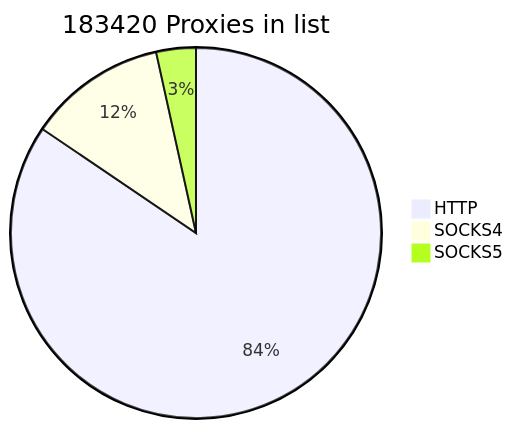
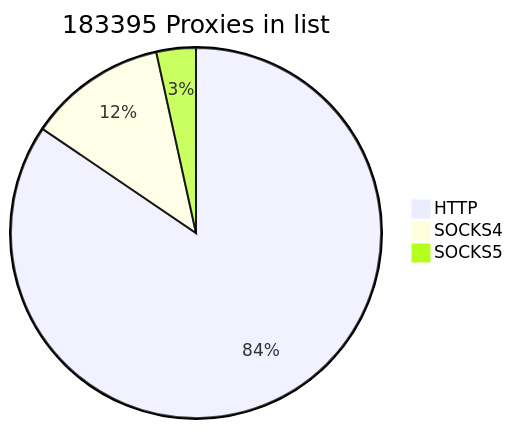
Before and after one commit to cutipu/proxylist: the first of 2 diagrams in README.md, drawn with Mermaid. The commit also changed other lines of this file, not shown here.

````diff
--- a/README.md
+++ b/README.md
@@ -2,7 +2,7 @@
 ```mermaid
-pie title 183420 Proxies in list
+pie title 183395 Proxies in list
     "HTTP" : 154940
     "SOCKS4" : 22137
-    "SOCKS5" : 6343
+    "SOCKS5" : 6318
             
 ```
````
